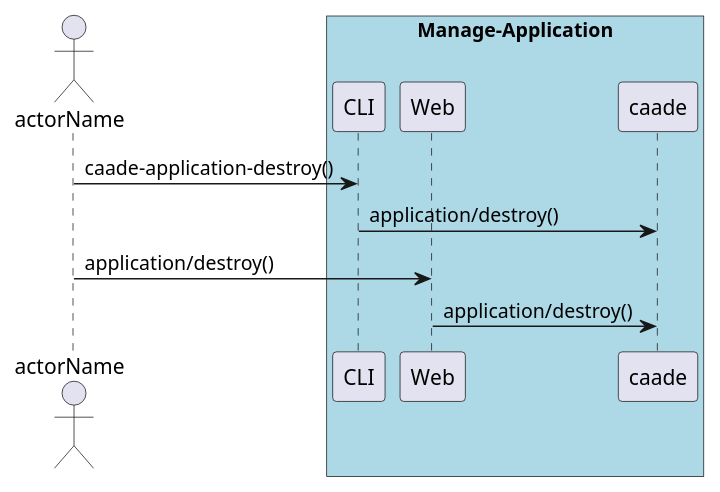
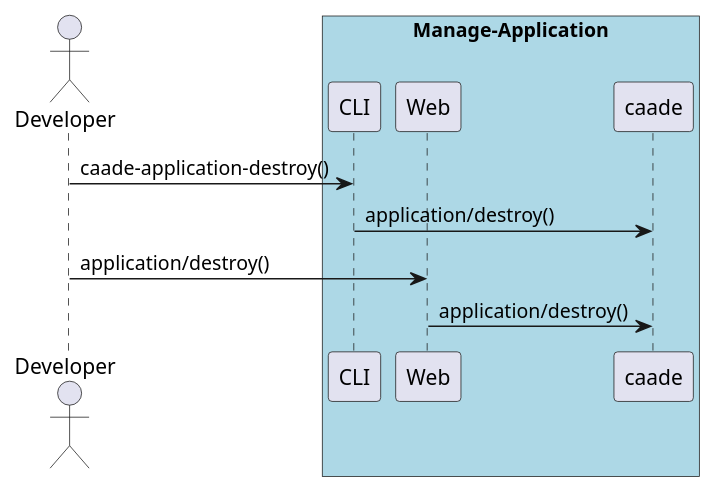
The diagram in docs/UseCases/Manage-Application/Destroy-Application.puml (CAADE/CAADE), drawn with PlantUML before and after one commit. The commit also changed 16 other files, not shown here.

```diff
--- a/docs/UseCases/Manage-Application/Destroy-Application.puml
+++ b/docs/UseCases/Manage-Application/Destroy-Application.puml
@@ -1,14 +1,14 @@
 @startuml
-Actor "actorName" as A
+Actor "Developer" as A
 
 box "Manage-Application" #lightblue
 participant CLI as CLI
 participant Web as Web
 participant "caade" as S
 A -> CLI : caade-application-destroy()
 CLI -> S : application/destroy()
 A -> Web : application/destroy()
 Web -> S : application/destroy()
 end box
 
 @enduml
```
